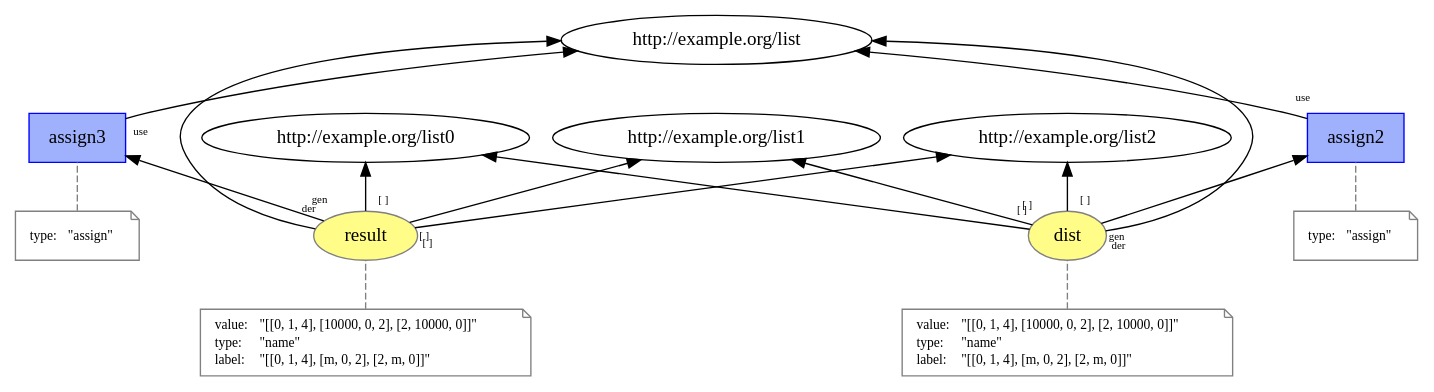
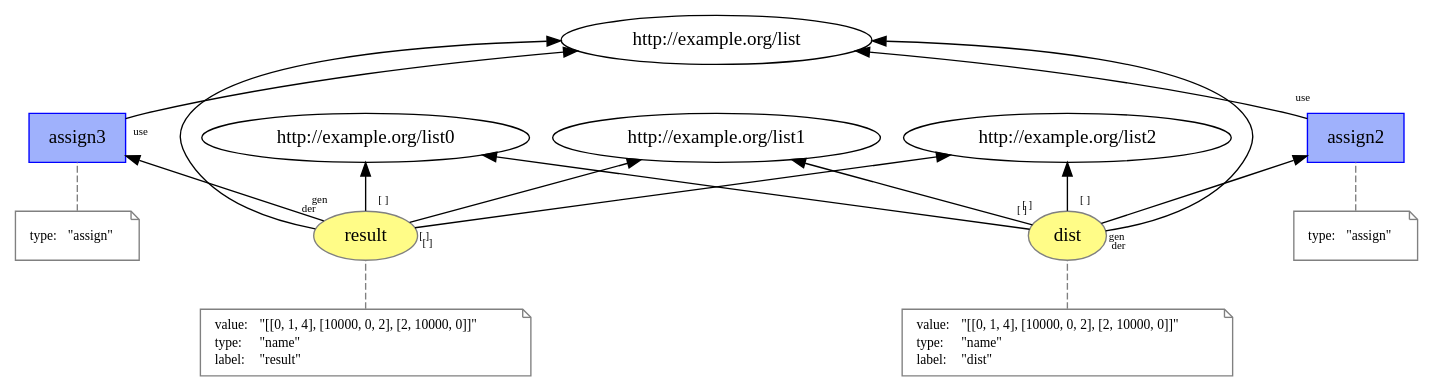
One commit to dew-uff/versioned-prov changed the diagram in plain_prov/temp/L2__assign.dot. Above: the diagram before and after it, drawn with Graphviz. The commit also changed 1730 other files, not shown here.

```diff
--- a/plain_prov/temp/L2__assign.dot
+++ b/plain_prov/temp/L2__assign.dot
@@ -1,62 +1,62 @@
 digraph "PROV" { size="16,12"; rankdir="BT";
 "http://example.org/dist" [fillcolor="#FFFC87",color="#808080",style="filled",label="dist",URL="http://example.org/dist"]
 "-attrs0" [color="gray",shape="note",fontsize="10",fontcolor="black",label=<<TABLE cellpadding="0" border="0">
 	<TR>
 	    <TD align="left">value:</TD>
 	    <TD align="left">&quot;[[0, 1, 4], [10000, 0, 2], [2, 10000, 0]]&quot;</TD>
 	</TR>
 	<TR>
 	    <TD align="left">type:</TD>
 	    <TD align="left">&quot;name&quot;</TD>
 	</TR>
 	<TR>
 	    <TD align="left">label:</TD>
-	    <TD align="left">&quot;[[0, 1, 4], [m, 0, 2], [2, m, 0]]&quot;</TD>
+	    <TD align="left">&quot;dist&quot;</TD>
 	</TR>
 </TABLE>>]
 "-attrs0" -> "http://example.org/dist" [color="gray",style="dashed",arrowhead="none"]
 "http://example.org/dist" -> "http://example.org/list0" [labelfontsize="8",labeldistance="1.5",labelangle="60.0",rotation="20",taillabel="[ ]"]
 "http://example.org/dist" -> "http://example.org/list1" [labelfontsize="8",labeldistance="1.5",labelangle="60.0",rotation="20",taillabel="[ ]"]
 "http://example.org/dist" -> "http://example.org/list2" [labelfontsize="8",labeldistance="1.5",labelangle="60.0",rotation="20",taillabel="[ ]"]
 "http://example.org/assign2" [fillcolor="#9FB1FC",color="#0000FF",shape="polygon",sides="4",style="filled",label="assign2",URL="http://example.org/assign2"]
 "-attrs1" [color="gray",shape="note",fontsize="10",fontcolor="black",label=<<TABLE cellpadding="0" border="0">
 	<TR>
 	    <TD align="left">type:</TD>
 	    <TD align="left">&quot;assign&quot;</TD>
 	</TR>
 </TABLE>>]
 "-attrs1" -> "http://example.org/assign2" [color="gray",style="dashed",arrowhead="none"]
 "http://example.org/assign2" -> "http://example.org/list" [labelfontsize="8",labeldistance="1.5",labelangle="60.0",rotation="20",taillabel="use"]
 "http://example.org/dist" -> "http://example.org/list" [labelfontsize="8",labeldistance="1.5",labelangle="60.0",rotation="20",taillabel="der"]
 "http://example.org/dist" -> "http://example.org/assign2" [labelfontsize="8",labeldistance="1.5",labelangle="60.0",rotation="20",taillabel="gen"]
 "http://example.org/result" [fillcolor="#FFFC87",color="#808080",style="filled",label="result",URL="http://example.org/result"]
 "-attrs2" [color="gray",shape="note",fontsize="10",fontcolor="black",label=<<TABLE cellpadding="0" border="0">
 	<TR>
 	    <TD align="left">value:</TD>
 	    <TD align="left">&quot;[[0, 1, 4], [10000, 0, 2], [2, 10000, 0]]&quot;</TD>
 	</TR>
 	<TR>
 	    <TD align="left">type:</TD>
 	    <TD align="left">&quot;name&quot;</TD>
 	</TR>
 	<TR>
 	    <TD align="left">label:</TD>
-	    <TD align="left">&quot;[[0, 1, 4], [m, 0, 2], [2, m, 0]]&quot;</TD>
+	    <TD align="left">&quot;result&quot;</TD>
 	</TR>
 </TABLE>>]
 "-attrs2" -> "http://example.org/result" [color="gray",style="dashed",arrowhead="none"]
 "http://example.org/result" -> "http://example.org/list0" [labelfontsize="8",labeldistance="1.5",labelangle="60.0",rotation="20",taillabel="[ ]"]
 "http://example.org/result" -> "http://example.org/list1" [labelfontsize="8",labeldistance="1.5",labelangle="60.0",rotation="20",taillabel="[ ]"]
 "http://example.org/result" -> "http://example.org/list2" [labelfontsize="8",labeldistance="1.5",labelangle="60.0",rotation="20",taillabel="[ ]"]
 "http://example.org/assign3" [fillcolor="#9FB1FC",color="#0000FF",shape="polygon",sides="4",style="filled",label="assign3",URL="http://example.org/assign3"]
 "-attrs3" [color="gray",shape="note",fontsize="10",fontcolor="black",label=<<TABLE cellpadding="0" border="0">
 	<TR>
 	    <TD align="left">type:</TD>
 	    <TD align="left">&quot;assign&quot;</TD>
 	</TR>
 </TABLE>>]
 "-attrs3" -> "http://example.org/assign3" [color="gray",style="dashed",arrowhead="none"]
 "http://example.org/assign3" -> "http://example.org/list" [labelfontsize="8",labeldistance="1.5",labelangle="60.0",rotation="20",taillabel="use"]
 "http://example.org/result" -> "http://example.org/list" [labelfontsize="8",labeldistance="1.5",labelangle="60.0",rotation="20",taillabel="der"]
 "http://example.org/result" -> "http://example.org/assign3" [labelfontsize="8",labeldistance="1.5",labelangle="60.0",rotation="20",taillabel="gen"]
 }
```
